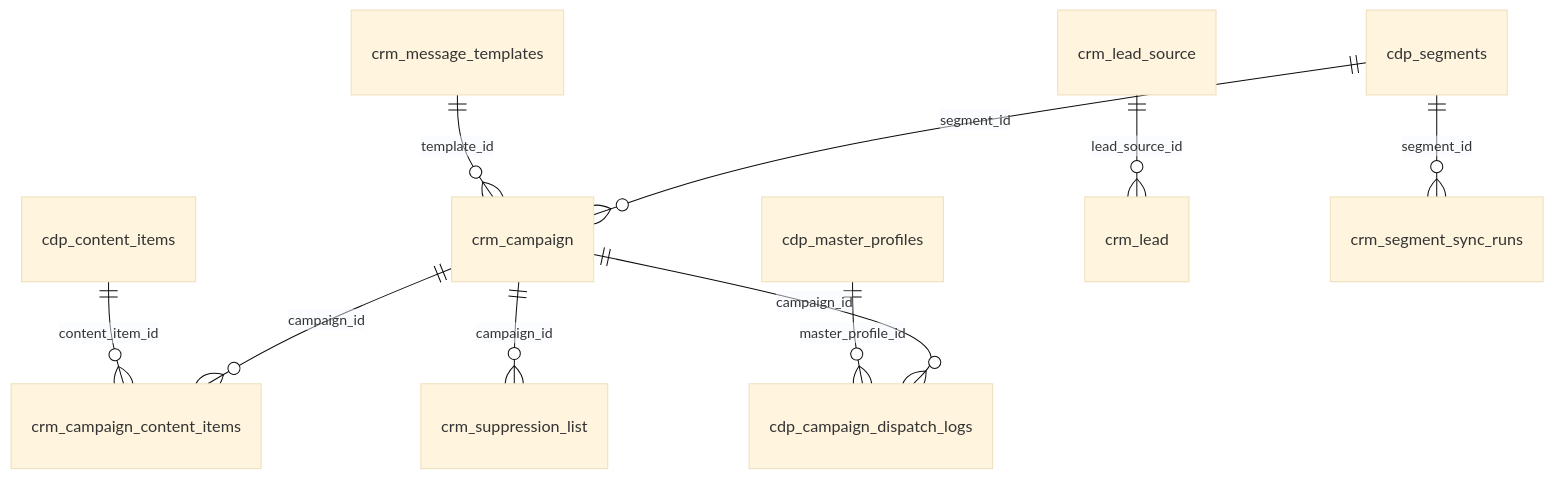
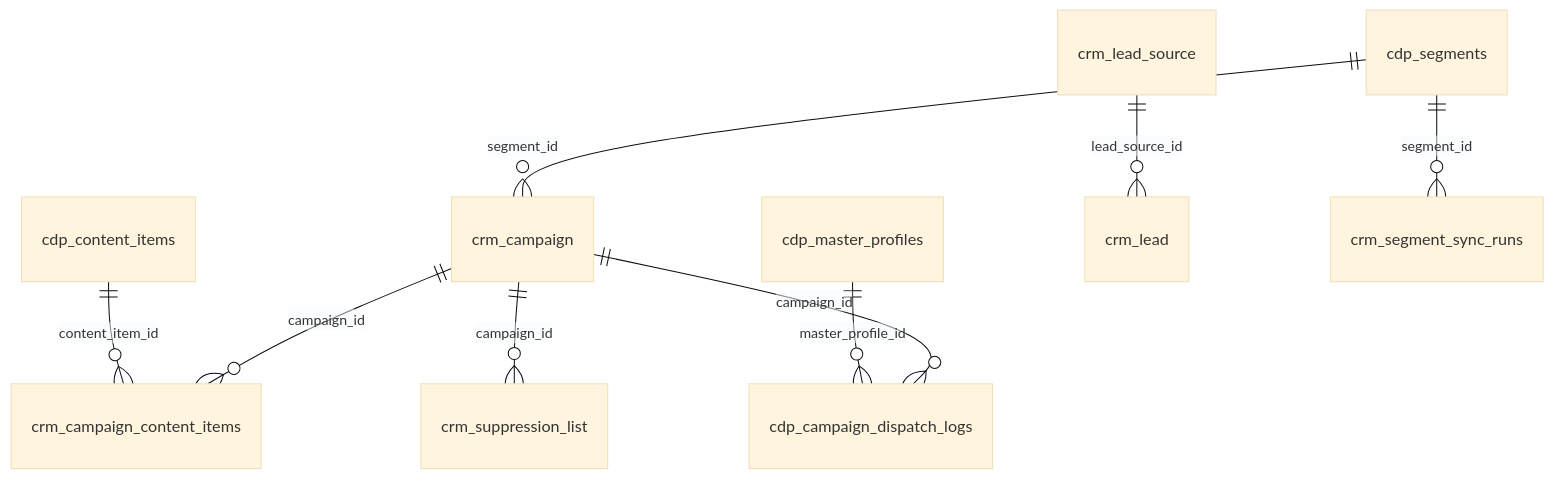
The sixth of 6 diagrams in customer360-api/docs/SCRUM-92-agentic-email-marketing-code-flow.md (LEO-CDP/leo-customer360), drawn with Mermaid (base theme) before and after one commit. The commit also changed other lines of this file and 60 other files, not shown here.

First line of the commit message:
Refactor email marketing flow and campaign structure

````diff
--- a/customer360-api/docs/SCRUM-92-agentic-email-marketing-code-flow.md
+++ b/customer360-api/docs/SCRUM-92-agentic-email-marketing-code-flow.md
@@ -415,12 +414,11 @@
 ```mermaid
 erDiagram
   cdp_segments ||--o{ crm_campaign : "segment_id"
-  crm_message_templates ||--o{ crm_campaign : "template_id"
   crm_campaign ||--o{ crm_campaign_content_items : "campaign_id"
   cdp_content_items ||--o{ crm_campaign_content_items : "content_item_id"
   crm_campaign ||--o{ cdp_campaign_dispatch_logs : "campaign_id"
   cdp_master_profiles ||--o{ cdp_campaign_dispatch_logs : "master_profile_id"
   crm_lead_source ||--o{ crm_lead : "lead_source_id"
   cdp_segments ||--o{ crm_segment_sync_runs : "segment_id"
   crm_campaign ||--o{ crm_suppression_list : "campaign_id"
 ```
````
